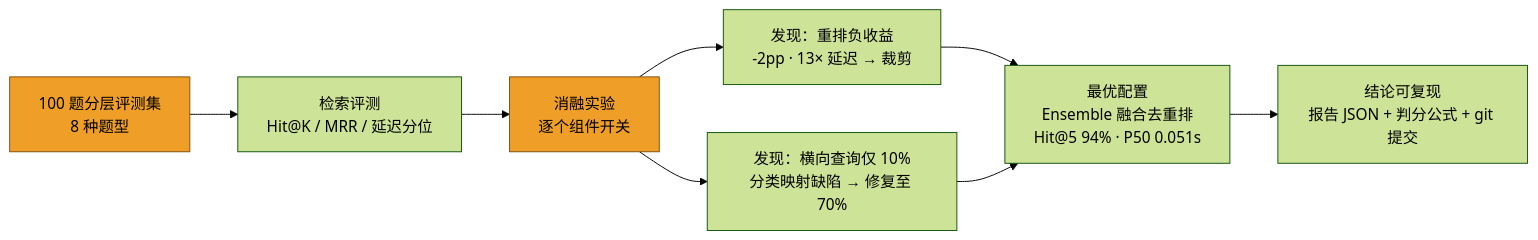
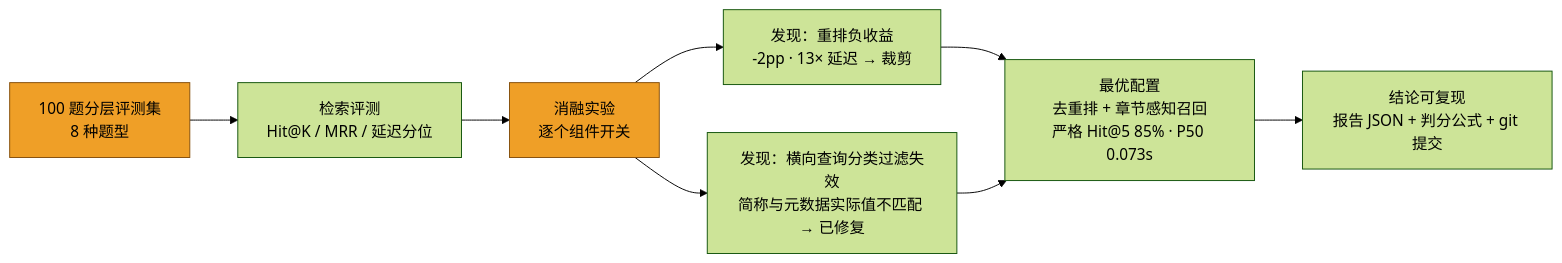
One commit to qiz7z/RAG-ChineseMedicine-QA changed the second of 2 diagrams in README.md. Above: the diagram before and after it, drawn with Mermaid (forest theme). The commit also changed other lines of this file and 15 other files, not shown here.

````diff
--- a/README.md
+++ b/README.md
@@ -56,13 +56,13 @@
 ```mermaid
 flowchart LR
     A["100 题分层评测集<br>8 种题型"] --> B["检索评测<br>Hit@K / MRR / 延迟分位"]
     B --> C["消融实验<br>逐个组件开关"]
     C --> D["发现：重排负收益<br>-2pp · 13× 延迟 → 裁剪"]
-    C --> E["发现：横向查询仅 10%<br>分类映射缺陷 → 修复至 70%"]
-    D --> F["最优配置<br>Ensemble 融合去重排<br>Hit@5 94% · P50 0.051s"]
+    C --> E["发现：横向查询分类过滤失效<br>简称与元数据实际值不匹配 → 已修复"]
+    D --> F["最优配置<br>去重排 + 章节感知召回<br>严格 Hit@5 85% · P50 0.073s"]
     E --> F
     F --> G["结论可复现<br>报告 JSON + 判分公式 + git 提交"]
 
     style A fill:#EF9F27,stroke:#854F0B,color:#000
     style C fill:#EF9F27,stroke:#854F0B,color:#000
 ```
````
